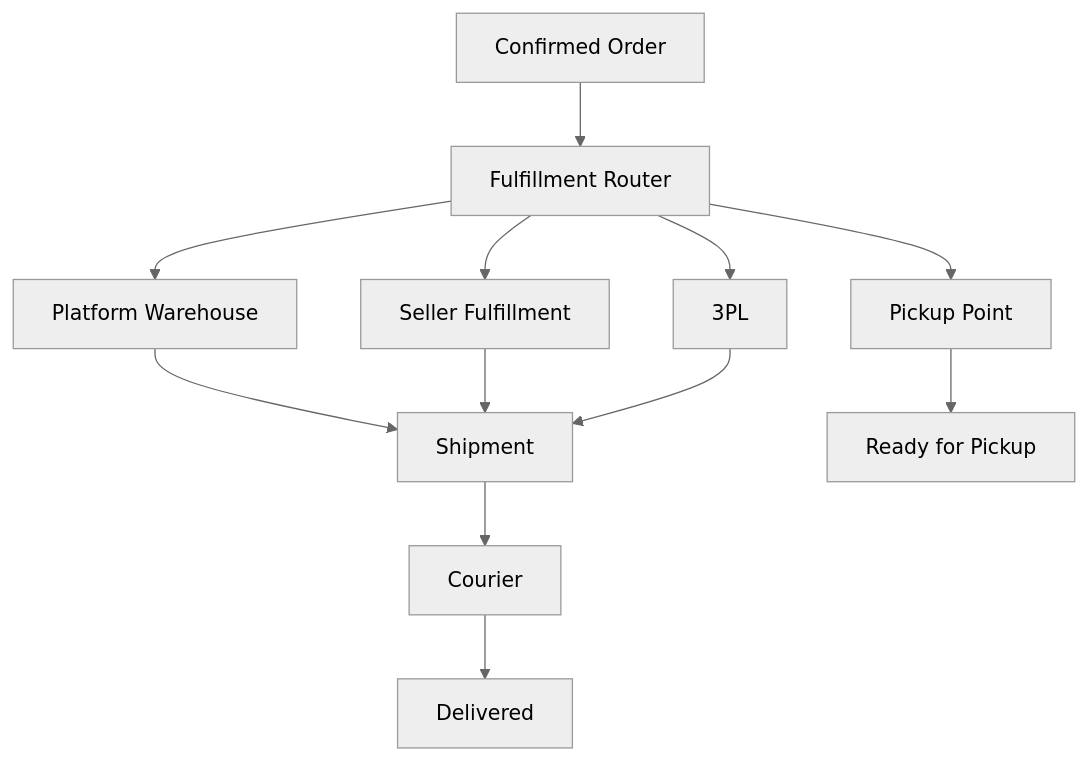
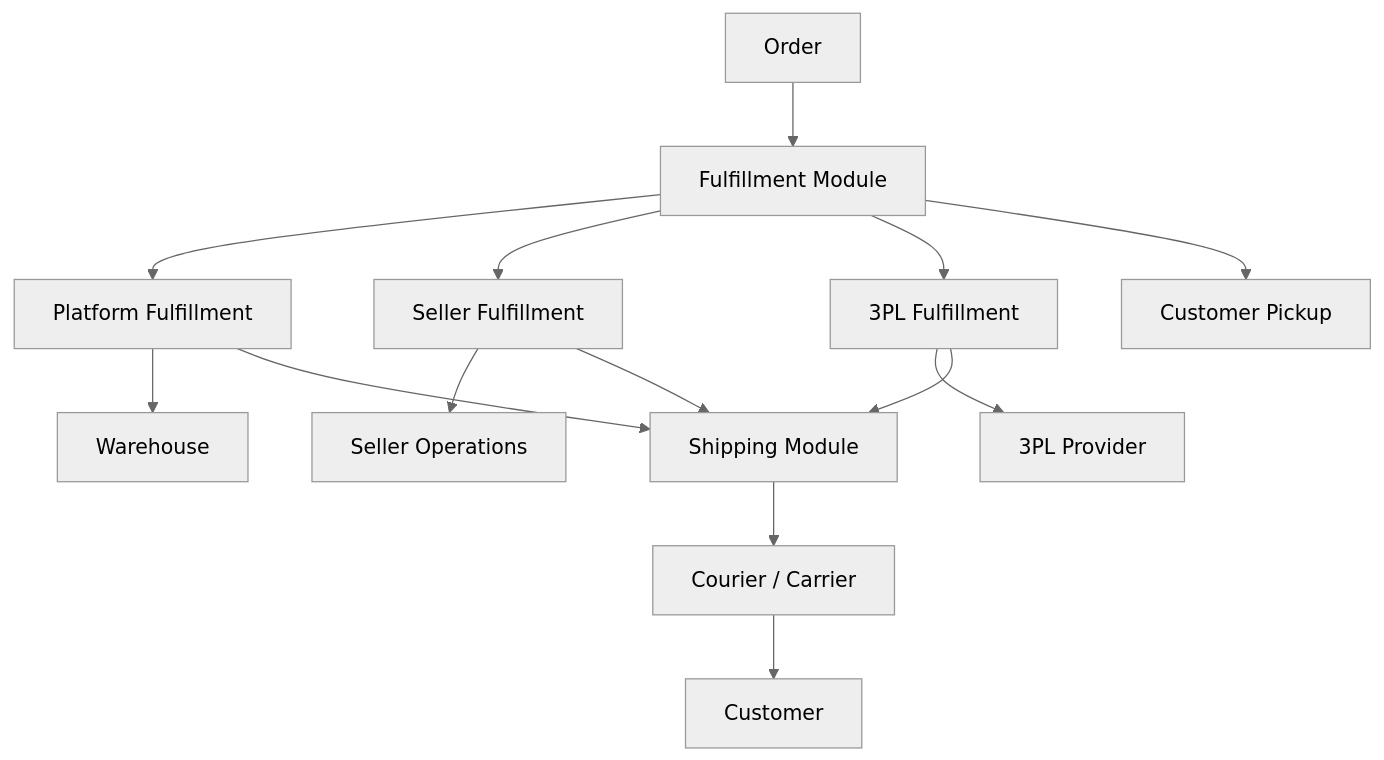
Before and after one commit to Izyane-InovSolutions/commerce: diagram 15 of 25 in README.md, drawn with Mermaid (neutral theme). The commit also changed other lines of this file, not shown here.

Commit message:
docs: switch backend architecture to NestJS modular monolith

````diff
--- a/README.md
+++ b/README.md
@@ -707,18 +767,18 @@
 ```mermaid
 flowchart TD
-    ORDER[Confirmed Order]
-    ORDER --> ROUTER[Fulfillment Router]
+    ORDER[Order] --> FULFILL[Fulfillment Module]
+    FULFILL --> PLATFORM[Platform Fulfillment]
+    FULFILL --> SELLER[Seller Fulfillment]
+    FULFILL --> THREEPL[3PL Fulfillment]
+    FULFILL --> PICKUP[Customer Pickup]
 
-    ROUTER --> PLATFORM[Platform Warehouse]
-    ROUTER --> SELLER[Seller Fulfillment]
-    ROUTER --> THREEPL[3PL]
-    ROUTER --> PICKUP[Pickup Point]
+    PLATFORM --> WAREHOUSE[Warehouse]
+    SELLER --> SELLEROPS[Seller Operations]
+    THREEPL --> PROVIDER[3PL Provider]
 
-    PLATFORM --> SHIP[Shipment]
+    PLATFORM --> SHIP[Shipping Module]
     SELLER --> SHIP
     THREEPL --> SHIP
-    PICKUP --> READY[Ready for Pickup]
-
-    SHIP --> COURIER[Courier]
-    COURIER --> DELIVERY[Delivered]
+    SHIP --> COURIER[Courier / Carrier]
+    COURIER --> CUSTOMER[Customer]
 ```
````
